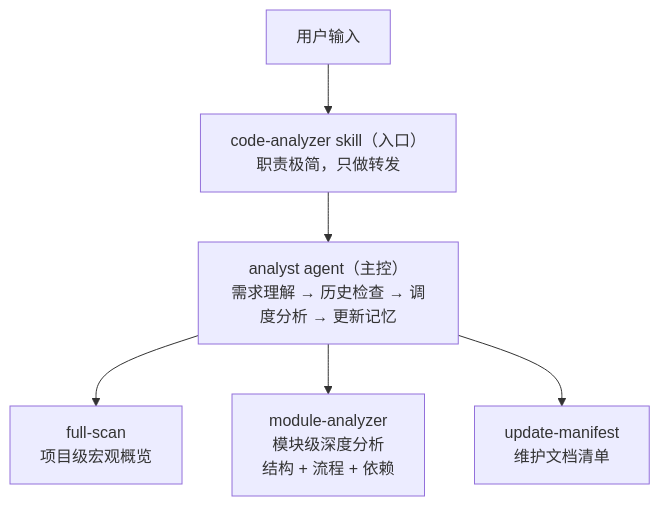
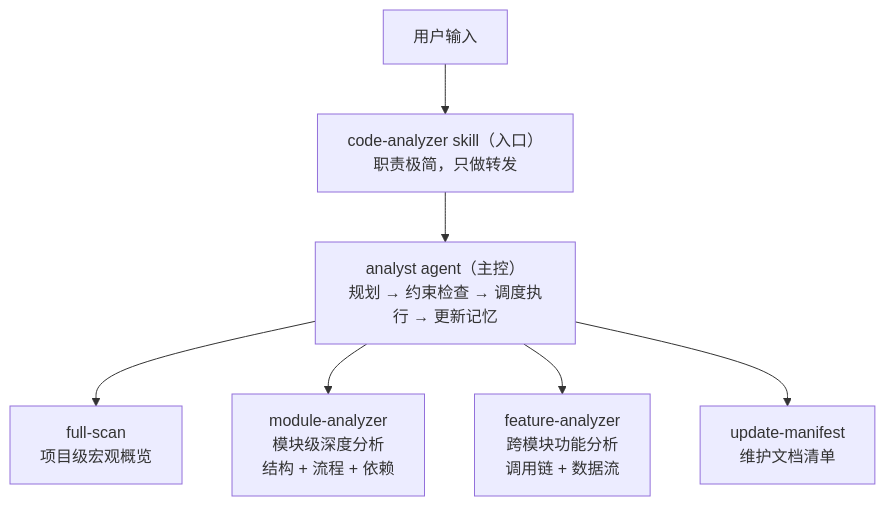
Before and after one commit to hproof/claude-market-gamedev: the first of 2 diagrams in plugins/code-analyzer/docs/design.md, drawn with Mermaid. The commit also changed other lines of this file and 6 other files, not shown here.

First line of the commit message:
refactor(code-analyzer): 重构 analyst agent 为约束驱动模式

````diff
--- a/plugins/code-analyzer/docs/design.md
+++ b/plugins/code-analyzer/docs/design.md
@@ -11,8 +13,9 @@
 ```mermaid
 graph TD
     User[用户输入] --> Entry["code-analyzer skill（入口）<br/>职责极简，只做转发"]
-    Entry --> Agent["analyst agent（主控）<br/>需求理解 → 历史检查 → 调度分析 → 更新记忆"]
+    Entry --> Agent["analyst agent（主控）<br/>规划 → 约束检查 → 调度执行 → 更新记忆"]
     Agent --> FS[full-scan<br/>项目级宏观概览]
     Agent --> MA[module-analyzer<br/>模块级深度分析<br/>结构 + 流程 + 依赖]
+    Agent --> FA[feature-analyzer<br/>跨模块功能分析<br/>调用链 + 数据流]
     Agent --> UM[update-manifest<br/>维护文档清单]
 ```
````
